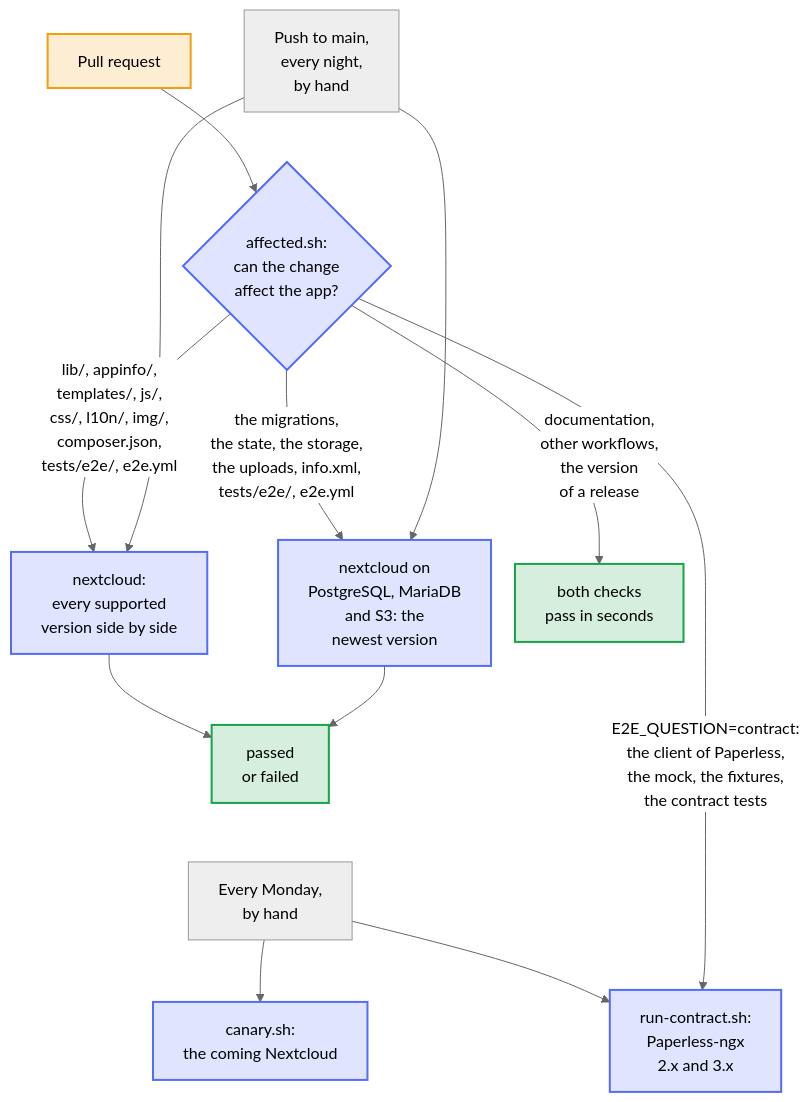
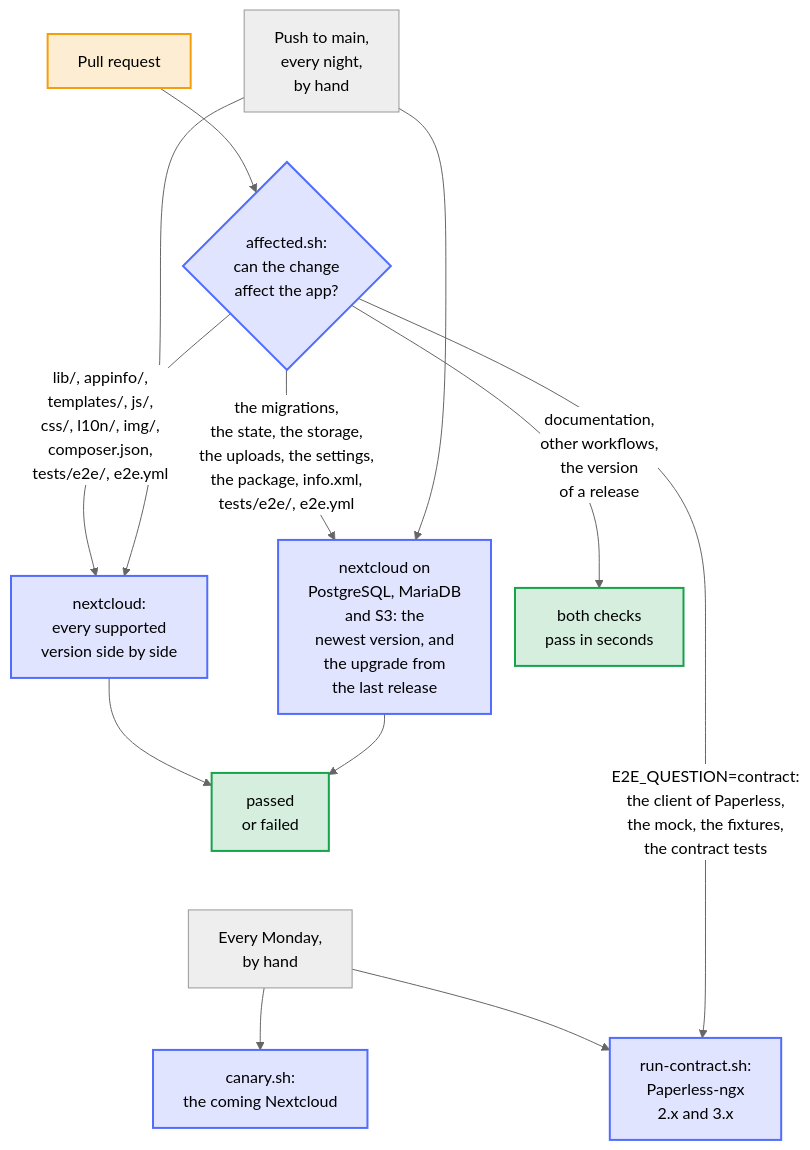
One commit to Dennis-Otto/paperless-sync changed the diagram in docs/diagrams/when-the-end-to-end-tests-run.mmd. Above: the diagram before and after it, drawn with Mermaid (neutral theme). The commit also changed 30 other files, not shown here.

First line of the commit message:
test(e2e): upgrade from the last release on PostgreSQL and MariaDB with the package users install (#266)

```diff
--- a/docs/diagrams/when-the-end-to-end-tests-run.mmd
+++ b/docs/diagrams/when-the-end-to-end-tests-run.mmd
@@ -1,41 +1,41 @@
 ---
 config:
   flowchart:
     nodeSpacing: 24
 ---
 flowchart TB
     accTitle: When the end-to-end tests run
-    accDescr: A pull request runs the end-to-end tests only when it changes the app, its tests or their workflow; otherwise both required checks pass at once. The check nextcloud then runs every supported version, and the check nextcloud on PostgreSQL, MariaDB and S3 runs the newest version there when the change can behave differently on another database or storage, and passes at once otherwise. Every push to main and every night run both, and every Monday the canary runs the tests against the coming Nextcloud. The contract tests run the app against a real Paperless-ngx 2.x and 3.x every Monday, by hand, and in a pull request that changes how the app talks to Paperless.
+    accDescr: A pull request runs the end-to-end tests only when it changes the app, its tests or their workflow; otherwise both required checks pass at once. The check nextcloud then runs every supported version, and the check nextcloud on PostgreSQL, MariaDB and S3 runs the newest version there when the change can behave differently on another database or storage, and the upgrade from the last release when the change can break it, and passes at once otherwise. Every push to main and every night run both, and every Monday the canary runs the tests against the coming Nextcloud. The contract tests run the app against a real Paperless-ngx 2.x and 3.x every Monday, by hand, and in a pull request that changes how the app talks to Paperless.
 
     pr["Pull request"]
     main["Push to main,<br>every night,<br>by hand"]
     affected{"affected.sh:<br>can the change<br>affect the app?"}
     all["nextcloud:<br>every supported<br>version side by side"]
-    variants["nextcloud on<br>PostgreSQL, MariaDB<br>and S3: the<br>newest version"]
+    variants["nextcloud on<br>PostgreSQL, MariaDB<br>and S3: the<br>newest version, and<br>the upgrade from<br>the last release"]
     skipped["both checks<br>pass in seconds"]
     result["passed<br>or failed"]
     monday["Every Monday,<br>by hand"]
     canary["canary.sh:<br>the coming Nextcloud"]
     contract["run-contract.sh:<br>Paperless-ngx<br>2.x and 3.x"]
 
     pr --> affected
     affected -- "lib/, appinfo/,<br>templates/, js/,<br>css/, l10n/, img/,<br>composer.json,<br>tests/e2e/, e2e.yml" --> all
-    affected -- "the migrations,<br>the state, the storage,<br>the uploads, info.xml,<br>tests/e2e/, e2e.yml" --> variants
+    affected -- "the migrations,<br>the state, the storage,<br>the uploads, the settings,<br>the package, info.xml,<br>tests/e2e/, e2e.yml" --> variants
     affected -- "documentation,<br>other workflows,<br>the version<br>of a release" --> skipped
     main --> all
     main --> variants
     %% Invisible links keep the triggers in one row and the canary below the rest.
     main ~~~ affected
     all --> result
     variants --> result
     result ~~~ monday
     monday --> canary
     monday --> contract
     affected -- "E2E_QUESTION=contract:<br>the client of Paperless,<br>the mock, the fixtures,<br>the contract tests" --> contract
 
     classDef bot fill:#526cfe2e,stroke:#526cfe,stroke-width:2px
     classDef person fill:#f59e0b2e,stroke:#f59e0b,stroke-width:2px
     classDef done fill:#16a34a2e,stroke:#16a34a,stroke-width:2px
     class pr person
     class affected,all,variants,canary,contract bot
     class skipped,result done
```
